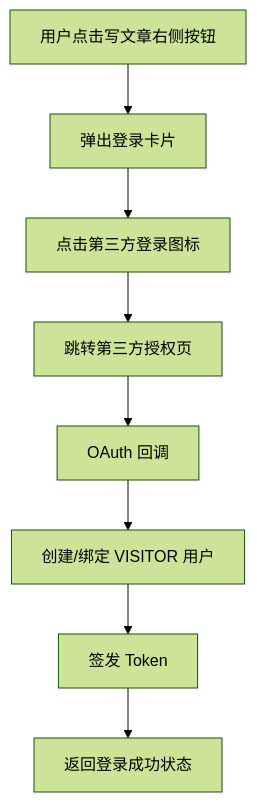
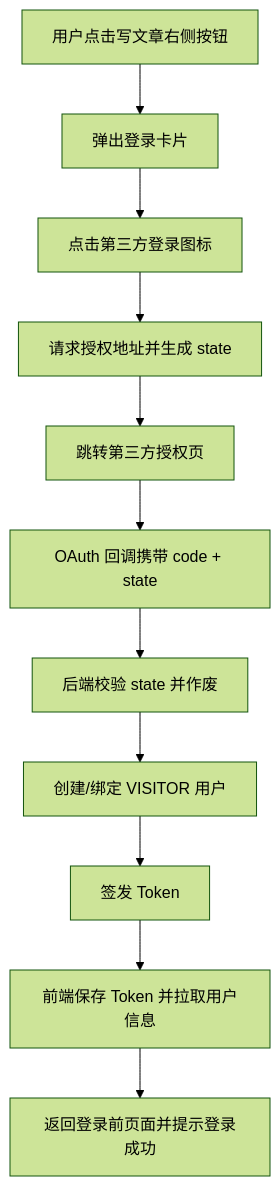
Before and after one commit to SakuraShiinaMashiro/PersonalBlog-doc: the first of 3 diagrams in V3.0/详细设计/用户认证与权限校验.md, drawn with Mermaid (forest theme). The commit also changed other lines of this file and 1 other file, not shown here.

````diff
--- a/V3.0/详细设计/用户认证与权限校验.md
+++ b/V3.0/详细设计/用户认证与权限校验.md
@@ -437,10 +403,13 @@
 ```mermaid
 flowchart TD
     A[用户点击写文章右侧按钮] --> B[弹出登录卡片]
     B --> C[点击第三方登录图标]
-    C --> D[跳转第三方授权页]
-    D --> E[OAuth 回调]
-    E --> F[创建/绑定 VISITOR 用户]
-    F --> G[签发 Token]
-    G --> H[返回登录成功状态]
+    C --> D[请求授权地址并生成 state]
+    D --> E[跳转第三方授权页]
+    E --> F[OAuth 回调携带 code + state]
+    F --> G[后端校验 state 并作废]
+    G --> H[创建/绑定 VISITOR 用户]
+    H --> I[签发 Token]
+    I --> J[前端保存 Token 并拉取用户信息]
+    J --> K[返回登录前页面并提示登录成功]
 ```
````
